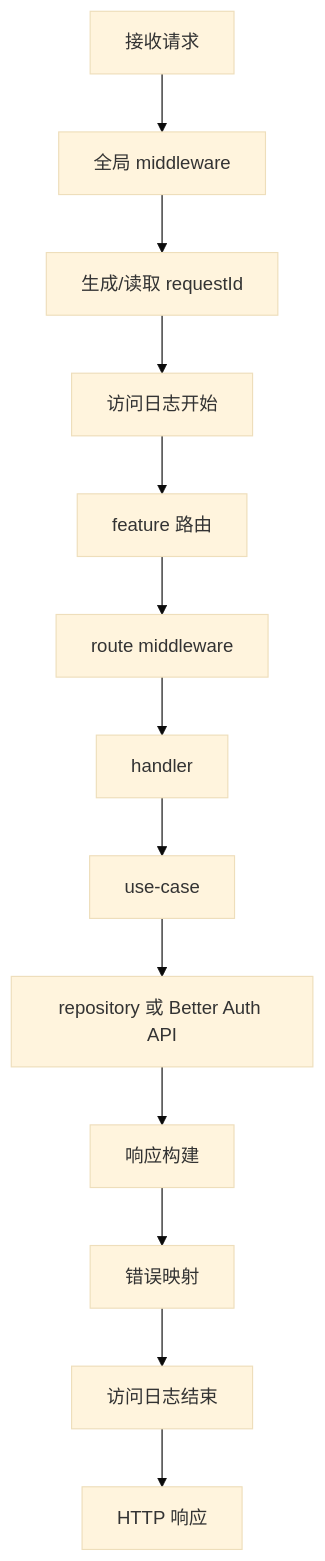
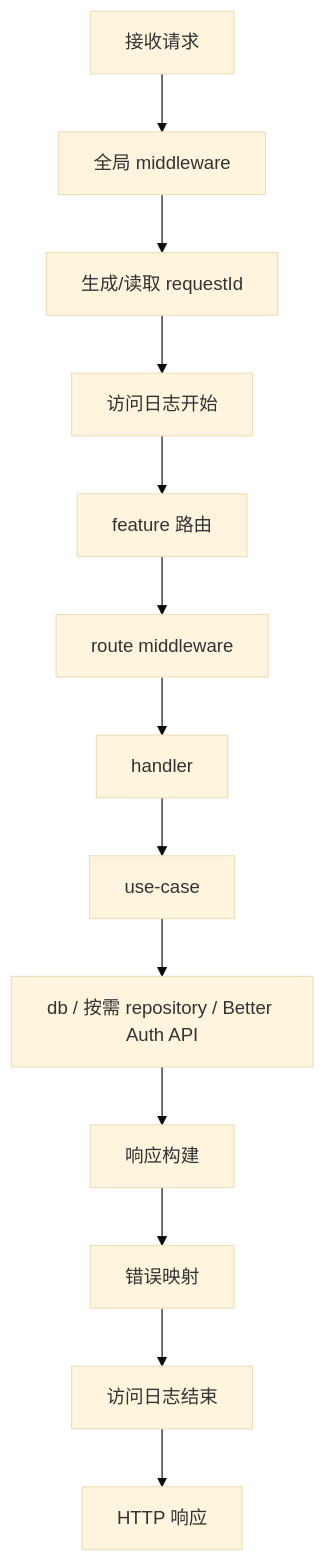
One commit to zzwtsy/hono-openapi-starter changed the diagram in docs/architecture/backend/request-lifecycle.md. Above: the diagram before and after it, drawn with Mermaid (base theme). The commit also changed other lines of this file and 15 other files, not shown here.

````diff
--- a/docs/architecture/backend/request-lifecycle.md
+++ b/docs/architecture/backend/request-lifecycle.md
@@ -11,15 +11,15 @@
 ```mermaid
 flowchart TD
   A[接收请求] --> B[全局 middleware]
   B --> C[生成/读取 requestId]
   C --> D[访问日志开始]
   D --> E[feature 路由]
   E --> F[route middleware]
   F --> G[handler]
   G --> H[use-case]
-  H --> I[repository 或 Better Auth API]
+  H --> I[db / 按需 repository / Better Auth API]
   I --> J[响应构建]
   J --> K[错误映射]
   K --> L[访问日志结束]
   L --> M[HTTP 响应]
 ```
````
